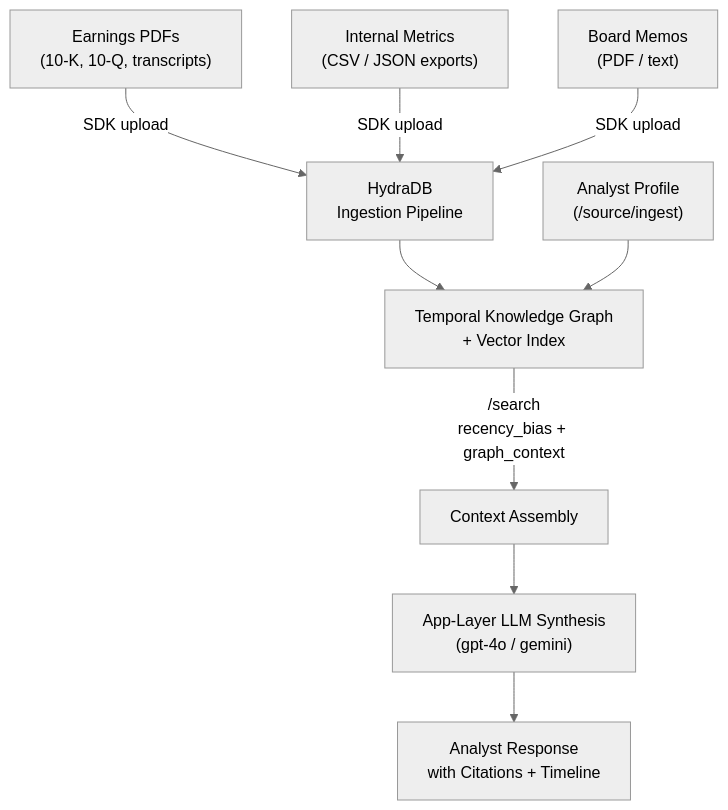
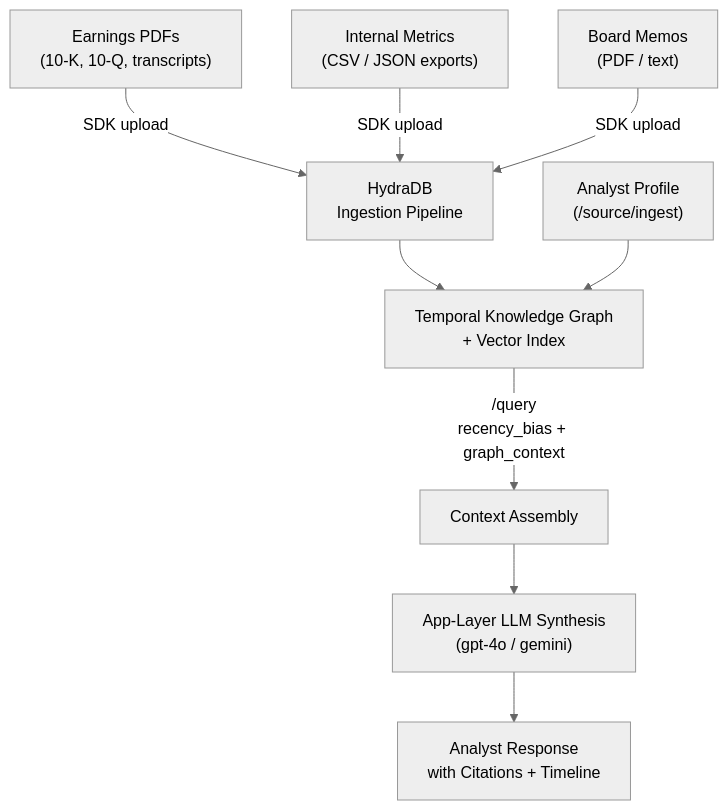
One commit to rupamghosh2006/mintlify-docs changed the diagram in cookbooks/v2/cookbook-10-ai-financial-analyst.mdx. Above: the diagram before and after it, drawn with Mermaid (neutral theme). The commit also changed other lines of this file and 14 other files, not shown here.

````diff
--- a/cookbooks/v2/cookbook-10-ai-financial-analyst.mdx
+++ b/cookbooks/v2/cookbook-10-ai-financial-analyst.mdx
@@ -59,11 +59,11 @@
 ```mermaid
 graph TD
     A["Earnings PDFs\n(10-K, 10-Q, transcripts)"] -->|SDK upload| B["HydraDB\nIngestion Pipeline"]
     C["Internal Metrics\n(CSV / JSON exports)"] -->|SDK upload| B
     D["Board Memos\n(PDF / text)"] -->|SDK upload| B
     B --> E["Temporal Knowledge Graph\n+ Vector Index"]
     F["Analyst Profile\n(/source/ingest)"] --> E
-    E -->|"/search\nrecency_bias + graph_context"| G["Context Assembly"]
+    E -->|"/query\nrecency_bias + graph_context"| G["Context Assembly"]
     G --> I["App-Layer LLM Synthesis\n(gpt-4o / gemini)"]
     I --> J["Analyst Response\nwith Citations + Timeline"]
 ```
````
